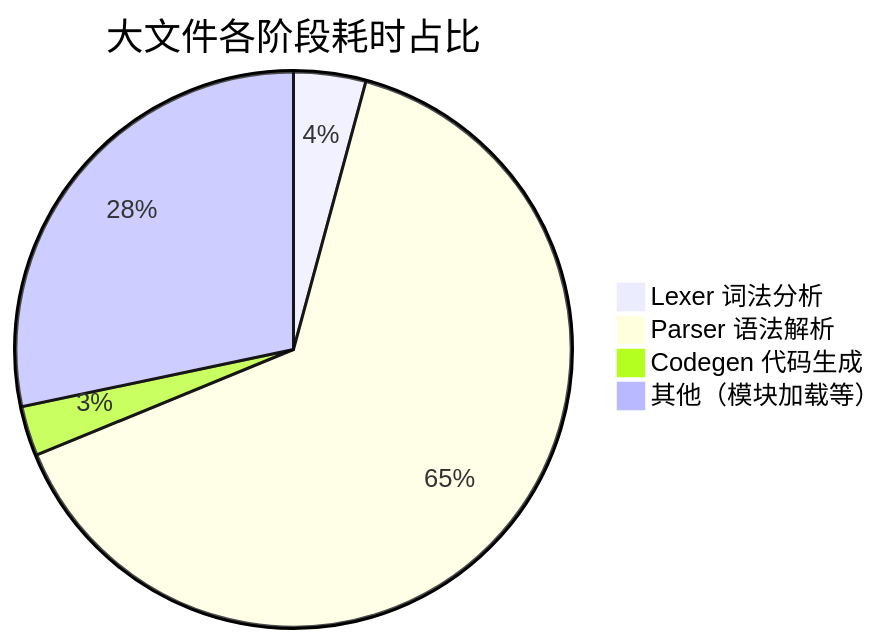
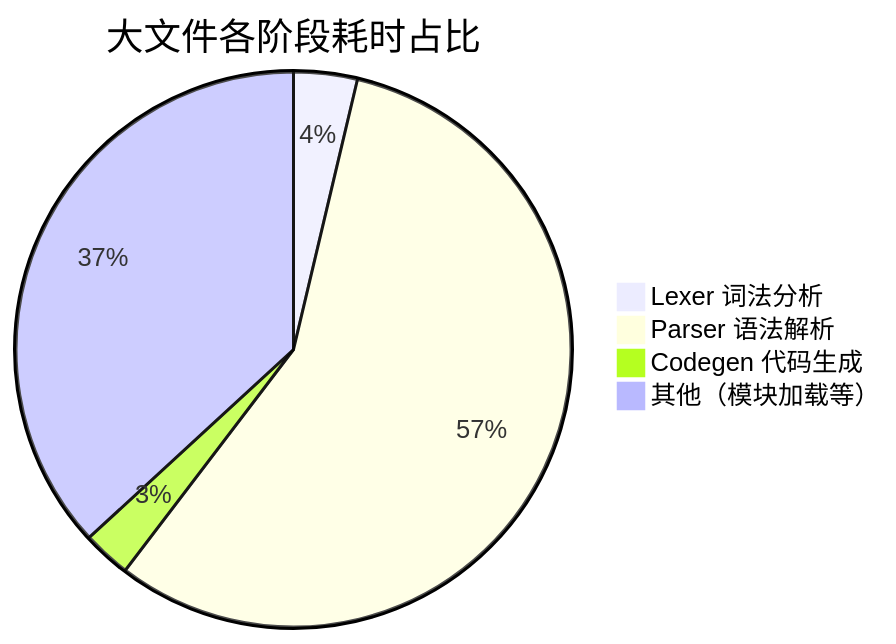
One commit to skywalk163/duan changed the third of 4 diagrams in docs/performance.md. Above: the diagram before and after it, drawn with Mermaid. The commit also changed other lines of this file and 2 other files, not shown here.

````diff
--- a/docs/performance.md
+++ b/docs/performance.md
@@ -102,8 +103,8 @@
 ```mermaid
 pie
   title 大文件各阶段耗时占比
-  "Lexer 词法分析" : 4.2
-  "Parser 语法解析" : 64.6
-  "Codegen 代码生成" : 2.9
-  "其他（模块加载等）" : 28.3
+  "Lexer 词法分析" : 3.7
+  "Parser 语法解析" : 56.6
+  "Codegen 代码生成" : 2.8
+  "其他（模块加载等）" : 36.8
 ```
````
